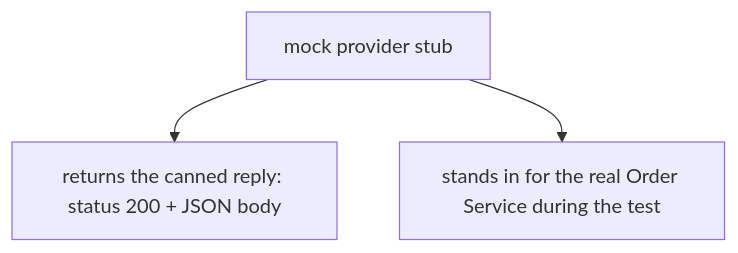
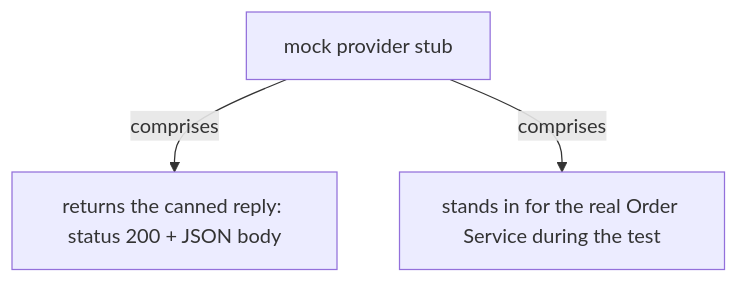
One commit to vinayakuber/microservices-io-study-guide changed the sixth of 13 diagrams in docs/ch26-consumer-side-contract-test.md. Above: the diagram before and after it, drawn with Mermaid. The commit also changed other lines of this file and 71 other files, not shown here.

First line of the commit message:
R18: label every diagram arrow with its meaning

````diff
--- a/docs/ch26-consumer-side-contract-test.md
+++ b/docs/ch26-consumer-side-contract-test.md
@@ -217,6 +217,6 @@
 ```mermaid
 flowchart TD
   R["mock provider stub"]
-  R --> P0["returns the canned reply: status 200 + JSON body"]
-  R --> P1["stands in for the real Order Service during the test"]
+  R -->|"comprises"| P0["returns the canned reply: status 200 + JSON body"]
+  R -->|"comprises"| P1["stands in for the real Order Service during the test"]
 ```
````
